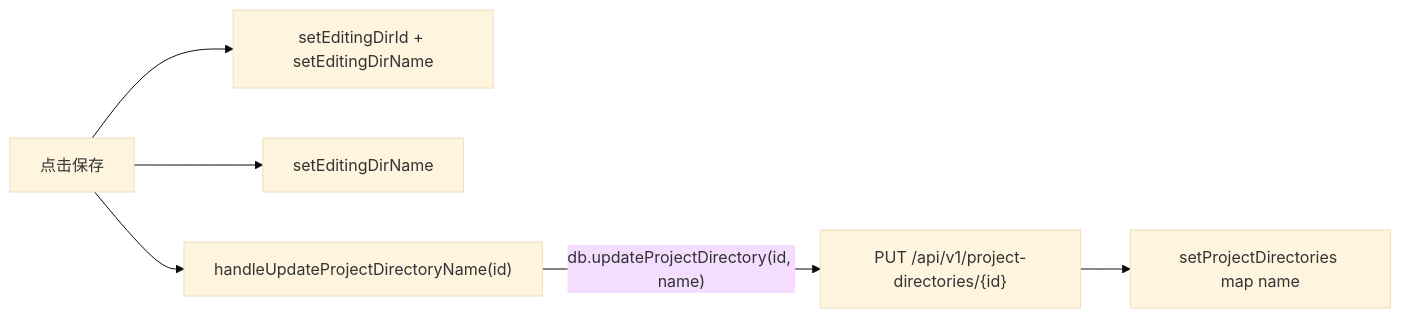
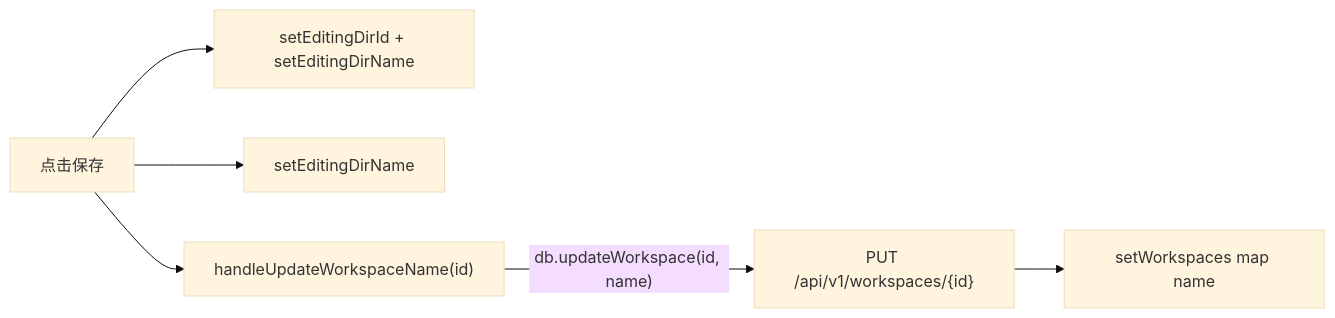
Before and after one commit to weibaohui/ntd: the first of 4 diagrams in frontend/src/help/pages/ws-rename.md, drawn with Mermaid (base theme). The commit also changed other lines of this file and 122 other files, not shown here.

First line of the commit message:
refactor(104): 工作空间命名统一——project_directory 全套改为 workspace (#1054)

````diff
--- a/frontend/src/help/pages/ws-rename.md
+++ b/frontend/src/help/pages/ws-rename.md
@@ -8,8 +8,8 @@
 ```mermaid
 flowchart LR
   User["更多→编辑"] --> setEditingDir["setEditingDirId + setEditingDirName"]
   User["输入名称"] --> setEditingDirName["setEditingDirName"]
-  User["点击保存"] --> handleUpdate["handleUpdateProjectDirectoryName(id)"]
-  handleUpdate -->|"db.updateProjectDirectory(id, name)"| API["PUT /api/v1/project-directories/{id}"]
-  API --> setProjectDirectories["setProjectDirectories map name"]
+  User["点击保存"] --> handleUpdate["handleUpdateWorkspaceName(id)"]
+  handleUpdate -->|"db.updateWorkspace(id, name)"| API["PUT /api/v1/workspaces/{id}"]
+  API --> setWorkspaces["setWorkspaces map name"]
 ```
````
